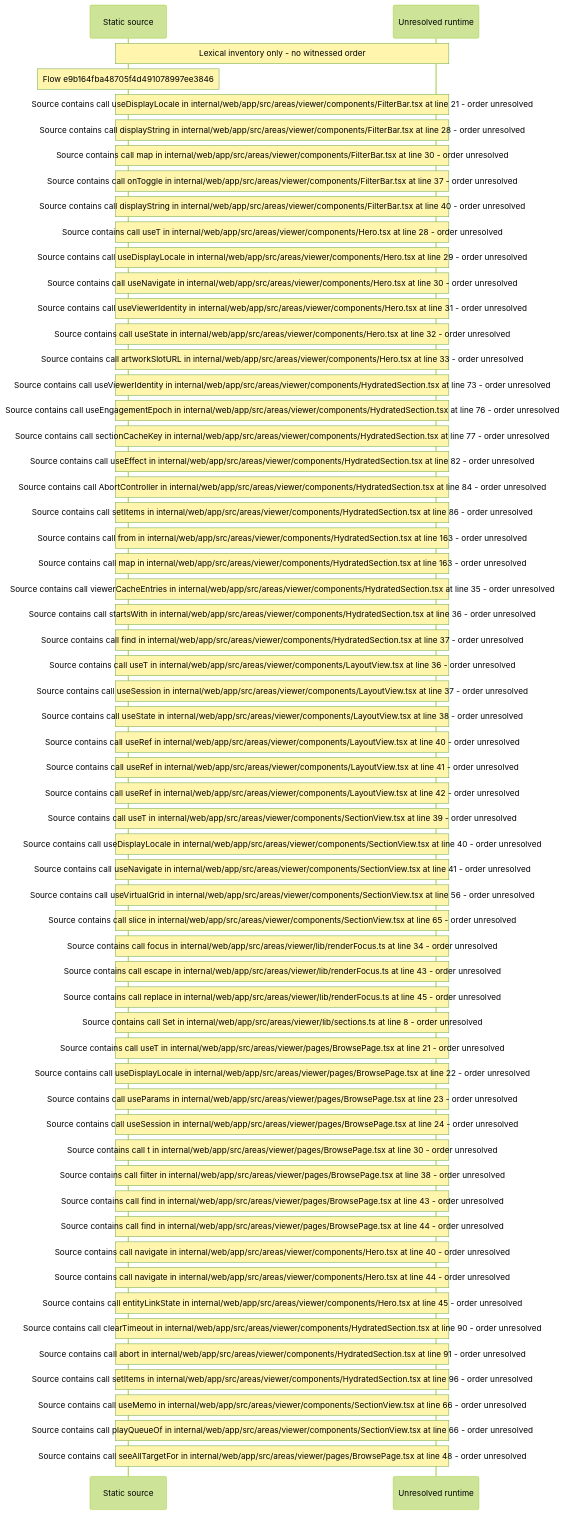
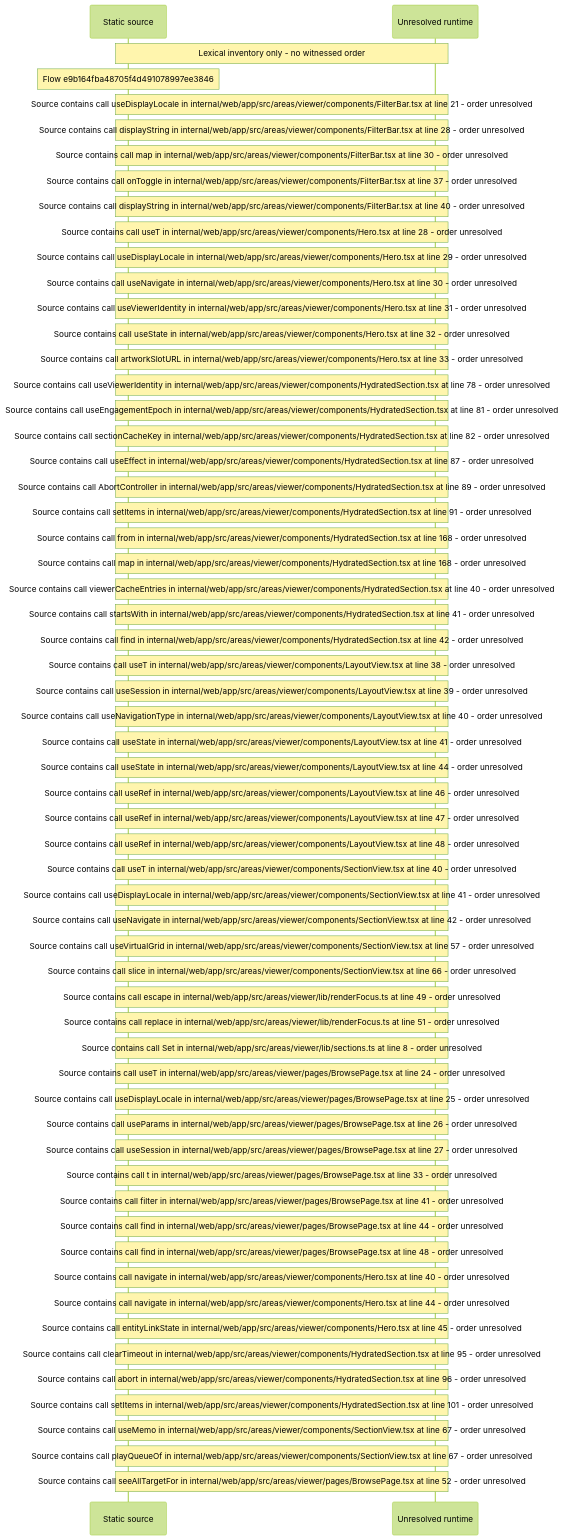
The diagram in docs/web/flows/generated/e9b164fba48705f4d491078997ee3846/flow-diagram.md (beamfall/core), drawn with Mermaid (forest theme) before and after one commit. The commit also changed other lines of this file and 714 other files, not shown here.

Commit message:
Regenerate the web flow record on the batch 5 head (CORE-1762)

````diff
--- a/docs/web/flows/generated/e9b164fba48705f4d491078997ee3846/flow-diagram.md
+++ b/docs/web/flows/generated/e9b164fba48705f4d491078997ee3846/flow-diagram.md
@@ -10,61 +10,62 @@
 ```mermaid
 sequenceDiagram
     participant S as Static source
     participant U as Unresolved runtime
     Note over S,U: Lexical inventory only - no witnessed order
     Note over S: Flow e9b164fba48705f4d491078997ee3846
     Note over S,U: Source contains call useDisplayLocale in internal/web/app/src/areas/viewer/components/FilterBar.tsx at line 21 - order unresolved
     Note over S,U: Source contains call displayString in internal/web/app/src/areas/viewer/components/FilterBar.tsx at line 28 - order unresolved
     Note over S,U: Source contains call map in internal/web/app/src/areas/viewer/components/FilterBar.tsx at line 30 - order unresolved
     Note over S,U: Source contains call onToggle in internal/web/app/src/areas/viewer/components/FilterBar.tsx at line 37 - order unresolved
     Note over S,U: Source contains call displayString in internal/web/app/src/areas/viewer/components/FilterBar.tsx at line 40 - order unresolved
     Note over S,U: Source contains call useT in internal/web/app/src/areas/viewer/components/Hero.tsx at line 28 - order unresolved
     Note over S,U: Source contains call useDisplayLocale in internal/web/app/src/areas/viewer/components/Hero.tsx at line 29 - order unresolved
     Note over S,U: Source contains call useNavigate in internal/web/app/src/areas/viewer/components/Hero.tsx at line 30 - order unresolved
     Note over S,U: Source contains call useViewerIdentity in internal/web/app/src/areas/viewer/components/Hero.tsx at line 31 - order unresolved
     Note over S,U: Source contains call useState in internal/web/app/src/areas/viewer/components/Hero.tsx at line 32 - order unresolved
     Note over S,U: Source contains call artworkSlotURL in internal/web/app/src/areas/viewer/components/Hero.tsx at line 33 - order unresolved
-    Note over S,U: Source contains call useViewerIdentity in internal/web/app/src/areas/viewer/components/HydratedSection.tsx at line 73 - order unresolved
-    Note over S,U: Source contains call useEngagementEpoch in internal/web/app/src/areas/viewer/components/HydratedSection.tsx at line 76 - order unresolved
-    Note over S,U: Source contains call sectionCacheKey in internal/web/app/src/areas/viewer/components/HydratedSection.tsx at line 77 - order unresolved
-    Note over S,U: Source contains call useEffect in internal/web/app/src/areas/viewer/components/HydratedSection.tsx at line 82 - order unresolved
-    Note over S,U: Source contains call AbortController in internal/web/app/src/areas/viewer/components/HydratedSection.tsx at line 84 - order unresolved
-    Note over S,U: Source contains call setItems in internal/web/app/src/areas/viewer/components/HydratedSection.tsx at line 86 - order unresolved
-    Note over S,U: Source contains call from in internal/web/app/src/areas/viewer/components/HydratedSection.tsx at line 163 - order unresolved
-    Note over S,U: Source contains call map in internal/web/app/src/areas/viewer/components/HydratedSection.tsx at line 163 - order unresolved
-    Note over S,U: Source contains call viewerCacheEntries in internal/web/app/src/areas/viewer/components/HydratedSection.tsx at line 35 - order unresolved
-    Note over S,U: Source contains call startsWith in internal/web/app/src/areas/viewer/components/HydratedSection.tsx at line 36 - order unresolved
-    Note over S,U: Source contains call find in internal/web/app/src/areas/viewer/components/HydratedSection.tsx at line 37 - order unresolved
-    Note over S,U: Source contains call useT in internal/web/app/src/areas/viewer/components/LayoutView.tsx at line 36 - order unresolved
-    Note over S,U: Source contains call useSession in internal/web/app/src/areas/viewer/components/LayoutView.tsx at line 37 - order unresolved
-    Note over S,U: Source contains call useState in internal/web/app/src/areas/viewer/components/LayoutView.tsx at line 38 - order unresolved
-    Note over S,U: Source contains call useRef in internal/web/app/src/areas/viewer/components/LayoutView.tsx at line 40 - order unresolved
-    Note over S,U: Source contains call useRef in internal/web/app/src/areas/viewer/components/LayoutView.tsx at line 41 - order unresolved
-    Note over S,U: Source contains call useRef in internal/web/app/src/areas/viewer/components/LayoutView.tsx at line 42 - order unresolved
-    Note over S,U: Source contains call useT in internal/web/app/src/areas/viewer/components/SectionView.tsx at line 39 - order unresolved
-    Note over S,U: Source contains call useDisplayLocale in internal/web/app/src/areas/viewer/components/SectionView.tsx at line 40 - order unresolved
-    Note over S,U: Source contains call useNavigate in internal/web/app/src/areas/viewer/components/SectionView.tsx at line 41 - order unresolved
-    Note over S,U: Source contains call useVirtualGrid in internal/web/app/src/areas/viewer/components/SectionView.tsx at line 56 - order unresolved
-    Note over S,U: Source contains call slice in internal/web/app/src/areas/viewer/components/SectionView.tsx at line 65 - order unresolved
-    Note over S,U: Source contains call focus in internal/web/app/src/areas/viewer/lib/renderFocus.ts at line 34 - order unresolved
-    Note over S,U: Source contains call escape in internal/web/app/src/areas/viewer/lib/renderFocus.ts at line 43 - order unresolved
-    Note over S,U: Source contains call replace in internal/web/app/src/areas/viewer/lib/renderFocus.ts at line 45 - order unresolved
+    Note over S,U: Source contains call useViewerIdentity in internal/web/app/src/areas/viewer/components/HydratedSection.tsx at line 78 - order unresolved
+    Note over S,U: Source contains call useEngagementEpoch in internal/web/app/src/areas/viewer/components/HydratedSection.tsx at line 81 - order unresolved
+    Note over S,U: Source contains call sectionCacheKey in internal/web/app/src/areas/viewer/components/HydratedSection.tsx at line 82 - order unresolved
+    Note over S,U: Source contains call useEffect in internal/web/app/src/areas/viewer/components/HydratedSection.tsx at line 87 - order unresolved
+    Note over S,U: Source contains call AbortController in internal/web/app/src/areas/viewer/components/HydratedSection.tsx at line 89 - order unresolved
+    Note over S,U: Source contains call setItems in internal/web/app/src/areas/viewer/components/HydratedSection.tsx at line 91 - order unresolved
+    Note over S,U: Source contains call from in internal/web/app/src/areas/viewer/components/HydratedSection.tsx at line 168 - order unresolved
+    Note over S,U: Source contains call map in internal/web/app/src/areas/viewer/components/HydratedSection.tsx at line 168 - order unresolved
+    Note over S,U: Source contains call viewerCacheEntries in internal/web/app/src/areas/viewer/components/HydratedSection.tsx at line 40 - order unresolved
+    Note over S,U: Source contains call startsWith in internal/web/app/src/areas/viewer/components/HydratedSection.tsx at line 41 - order unresolved
+    Note over S,U: Source contains call find in internal/web/app/src/areas/viewer/components/HydratedSection.tsx at line 42 - order unresolved
+    Note over S,U: Source contains call useT in internal/web/app/src/areas/viewer/components/LayoutView.tsx at line 38 - order unresolved
+    Note over S,U: Source contains call useSession in internal/web/app/src/areas/viewer/components/LayoutView.tsx at line 39 - order unresolved
+    Note over S,U: Source contains call useNavigationType in internal/web/app/src/areas/viewer/components/LayoutView.tsx at line 40 - order unresolved
+    Note over S,U: Source contains call useState in internal/web/app/src/areas/viewer/components/LayoutView.tsx at line 41 - order unresolved
+    Note over S,U: Source contains call useState in internal/web/app/src/areas/viewer/components/LayoutView.tsx at line 44 - order unresolved
+    Note over S,U: Source contains call useRef in internal/web/app/src/areas/viewer/components/LayoutView.tsx at line 46 - order unresolved
+    Note over S,U: Source contains call useRef in internal/web/app/src/areas/viewer/components/LayoutView.tsx at line 47 - order unresolved
+    Note over S,U: Source contains call useRef in internal/web/app/src/areas/viewer/components/LayoutView.tsx at line 48 - order unresolved
+    Note over S,U: Source contains call useT in internal/web/app/src/areas/viewer/components/SectionView.tsx at line 40 - order unresolved
+    Note over S,U: Source contains call useDisplayLocale in internal/web/app/src/areas/viewer/components/SectionView.tsx at line 41 - order unresolved
+    Note over S,U: Source contains call useNavigate in internal/web/app/src/areas/viewer/components/SectionView.tsx at line 42 - order unresolved
+    Note over S,U: Source contains call useVirtualGrid in internal/web/app/src/areas/viewer/components/SectionView.tsx at line 57 - order unresolved
+    Note over S,U: Source contains call slice in internal/web/app/src/areas/viewer/components/SectionView.tsx at line 66 - order unresolved
+    Note over S,U: Source contains call escape in internal/web/app/src/areas/viewer/lib/renderFocus.ts at line 49 - order unresolved
+    Note over S,U: Source contains call replace in internal/web/app/src/areas/viewer/lib/renderFocus.ts at line 51 - order unresolved
     Note over S,U: Source contains call Set in internal/web/app/src/areas/viewer/lib/sections.ts at line 8 - order unresolved
-    Note over S,U: Source contains call useT in internal/web/app/src/areas/viewer/pages/BrowsePage.tsx at line 21 - order unresolved
-    Note over S,U: Source contains call useDisplayLocale in internal/web/app/src/areas/viewer/pages/BrowsePage.tsx at line 22 - order unresolved
-    Note over S,U: Source contains call useParams in internal/web/app/src/areas/viewer/pages/BrowsePage.tsx at line 23 - order unresolved
-    Note over S,U: Source contains call useSession in internal/web/app/src/areas/viewer/pages/BrowsePage.tsx at line 24 - order unresolved
-    Note over S,U: Source contains call t in internal/web/app/src/areas/viewer/pages/BrowsePage.tsx at line 30 - order unresolved
-    Note over S,U: Source contains call filter in internal/web/app/src/areas/viewer/pages/BrowsePage.tsx at line 38 - order unresolved
-    Note over S,U: Source contains call find in internal/web/app/src/areas/viewer/pages/BrowsePage.tsx at line 43 - order unresolved
+    Note over S,U: Source contains call useT in internal/web/app/src/areas/viewer/pages/BrowsePage.tsx at line 24 - order unresolved
+    Note over S,U: Source contains call useDisplayLocale in internal/web/app/src/areas/viewer/pages/BrowsePage.tsx at line 25 - order unresolved
+    Note over S,U: Source contains call useParams in internal/web/app/src/areas/viewer/pages/BrowsePage.tsx at line 26 - order unresolved
+    Note over S,U: Source contains call useSession in internal/web/app/src/areas/viewer/pages/BrowsePage.tsx at line 27 - order unresolved
+    Note over S,U: Source contains call t in internal/web/app/src/areas/viewer/pages/BrowsePage.tsx at line 33 - order unresolved
+    Note over S,U: Source contains call filter in internal/web/app/src/areas/viewer/pages/BrowsePage.tsx at line 41 - order unresolved
     Note over S,U: Source contains call find in internal/web/app/src/areas/viewer/pages/BrowsePage.tsx at line 44 - order unresolved
+    Note over S,U: Source contains call find in internal/web/app/src/areas/viewer/pages/BrowsePage.tsx at line 48 - order unresolved
     Note over S,U: Source contains call navigate in internal/web/app/src/areas/viewer/components/Hero.tsx at line 40 - order unresolved
     Note over S,U: Source contains call navigate in internal/web/app/src/areas/viewer/components/Hero.tsx at line 44 - order unresolved
     Note over S,U: Source contains call entityLinkState in internal/web/app/src/areas/viewer/components/Hero.tsx at line 45 - order unresolved
-    Note over S,U: Source contains call clearTimeout in internal/web/app/src/areas/viewer/components/HydratedSection.tsx at line 90 - order unresolved
-    Note over S,U: Source contains call abort in internal/web/app/src/areas/viewer/components/HydratedSection.tsx at line 91 - order unresolved
-    Note over S,U: Source contains call setItems in internal/web/app/src/areas/viewer/components/HydratedSection.tsx at line 96 - order unresolved
-    Note over S,U: Source contains call useMemo in internal/web/app/src/areas/viewer/components/SectionView.tsx at line 66 - order unresolved
-    Note over S,U: Source contains call playQueueOf in internal/web/app/src/areas/viewer/components/SectionView.tsx at line 66 - order unresolved
-    Note over S,U: Source contains call seeAllTargetFor in internal/web/app/src/areas/viewer/pages/BrowsePage.tsx at line 48 - order unresolved
+    Note over S,U: Source contains call clearTimeout in internal/web/app/src/areas/viewer/components/HydratedSection.tsx at line 95 - order unresolved
+    Note over S,U: Source contains call abort in internal/web/app/src/areas/viewer/components/HydratedSection.tsx at line 96 - order unresolved
+    Note over S,U: Source contains call setItems in internal/web/app/src/areas/viewer/components/HydratedSection.tsx at line 101 - order unresolved
+    Note over S,U: Source contains call useMemo in internal/web/app/src/areas/viewer/components/SectionView.tsx at line 67 - order unresolved
+    Note over S,U: Source contains call playQueueOf in internal/web/app/src/areas/viewer/components/SectionView.tsx at line 67 - order unresolved
+    Note over S,U: Source contains call seeAllTargetFor in internal/web/app/src/areas/viewer/pages/BrowsePage.tsx at line 52 - order unresolved
 ```
````
